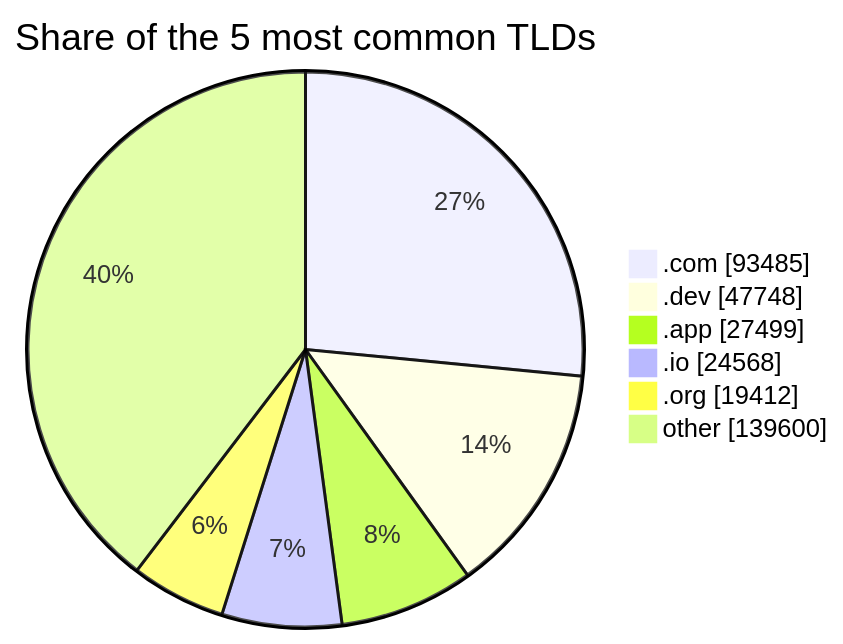
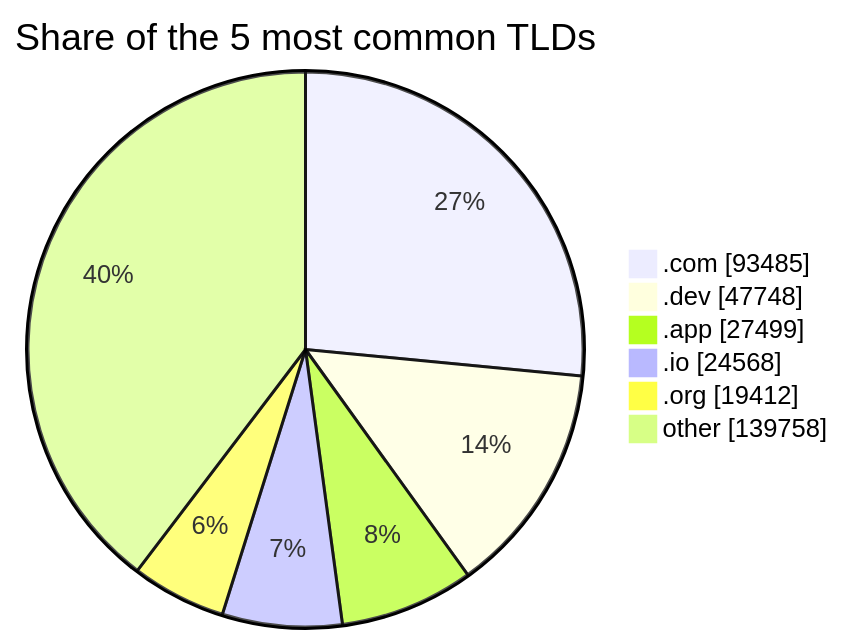
The third of 3 diagrams in README.md (DNSBunker/CTI), drawn with Mermaid before and after one commit. The commit also changed other lines of this file and 3 other files, not shown here.

````diff
--- a/README.md
+++ b/README.md
@@ -81,9 +81,9 @@
 ```mermaid
 pie showData title Share of the 5 most common TLDs
     ".com" : 93485
     ".dev" : 47748
     ".app" : 27499
     ".io" : 24568
     ".org" : 19412
-    "other" : 139600
+    "other" : 139758
 ```
````
